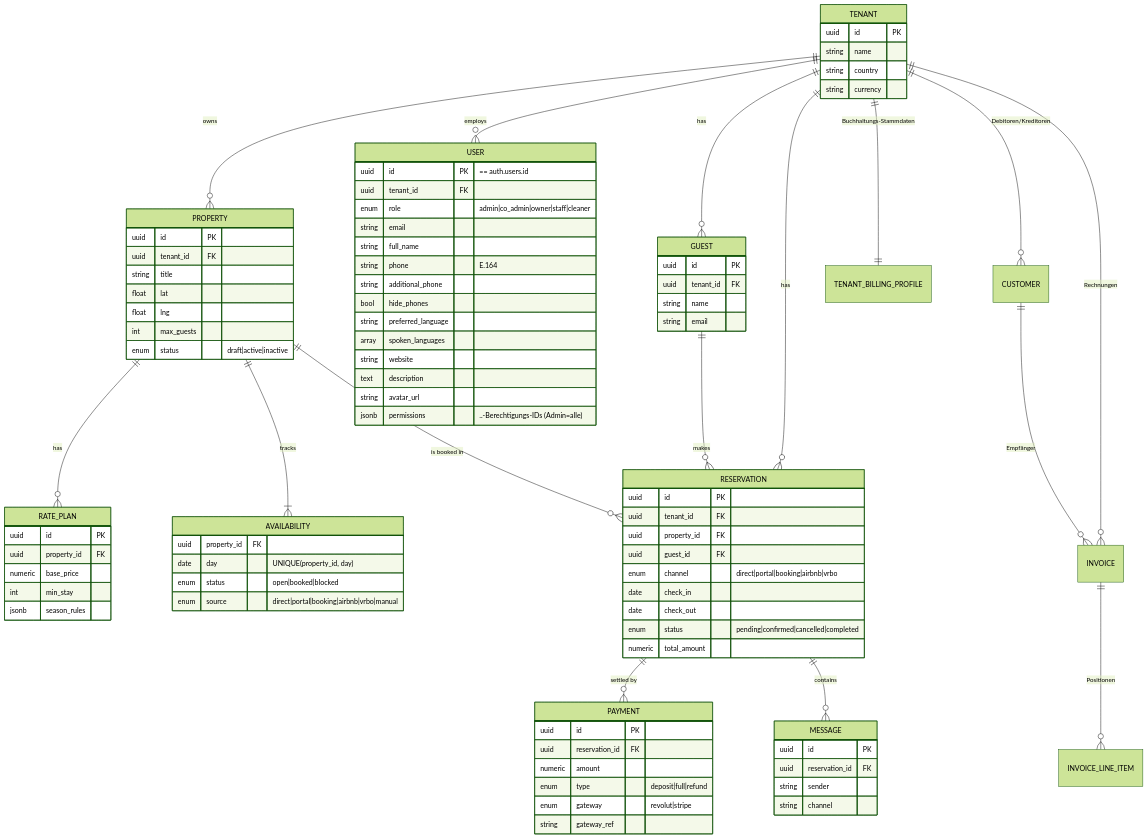
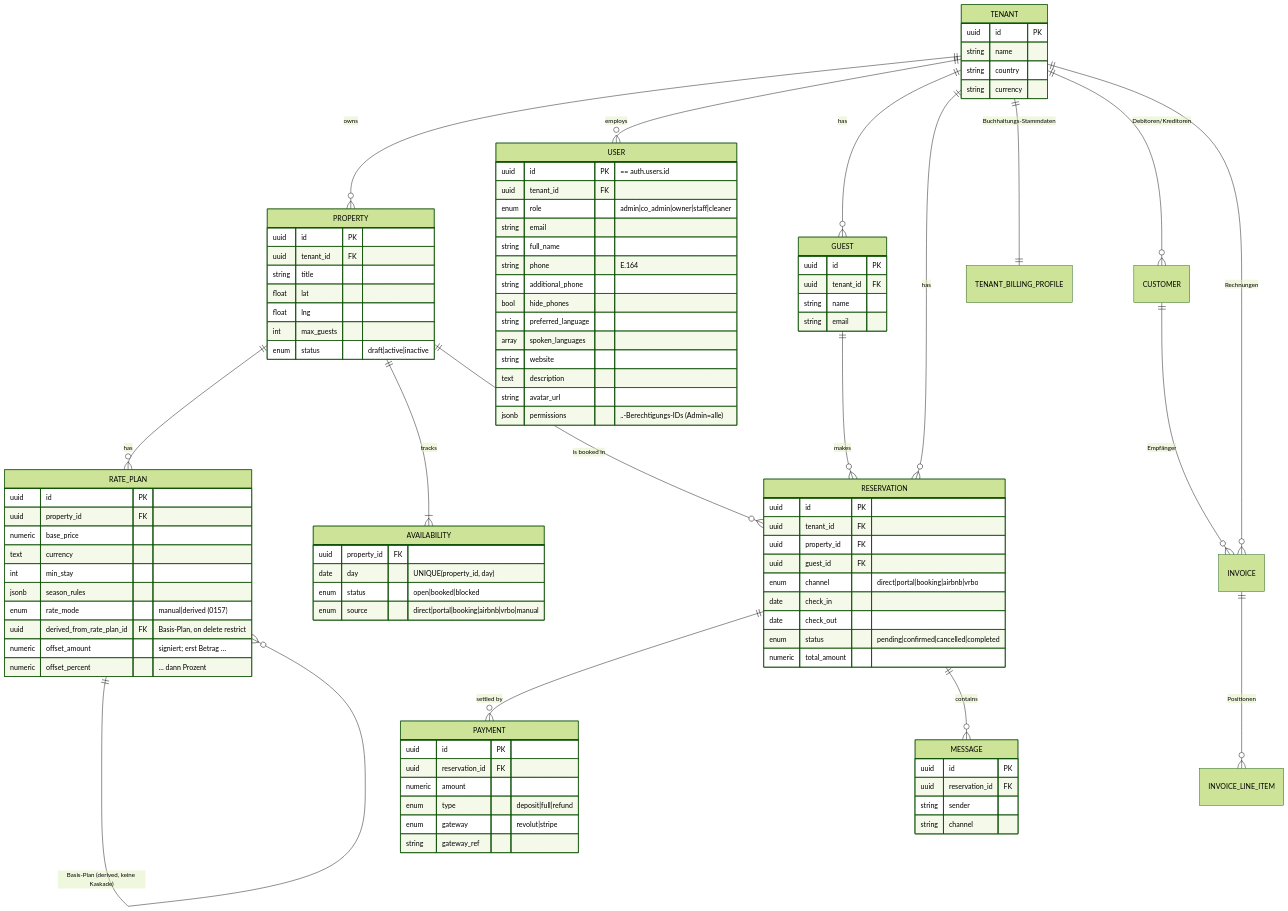
One commit to Andy1234567890-cmyk/NextDays changed the fifth of 17 diagrams in docs/ARCHITECTURE.md. Above: the diagram before and after it, drawn with Mermaid (forest theme). The commit also changed other lines of this file and 33 other files, not shown here.

```diff
--- a/docs/ARCHITECTURE.md
+++ b/docs/ARCHITECTURE.md
@@ -249,6 +249,7 @@
     TENANT ||--o{ GUEST : has
     TENANT ||--o{ RESERVATION : has
     PROPERTY ||--o{ RATE_PLAN : has
+    RATE_PLAN ||--o{ RATE_PLAN : "Basis-Plan (derived, keine Kaskade)"
     PROPERTY ||--|{ AVAILABILITY : tracks
     PROPERTY ||--o{ RESERVATION : "is booked in"
     GUEST ||--o{ RESERVATION : makes
@@ -295,8 +296,13 @@
         uuid id PK
         uuid property_id FK
         numeric base_price
+        text currency
         int min_stay
         jsonb season_rules
+        enum rate_mode "manual|derived (0157)"
+        uuid derived_from_rate_plan_id FK "Basis-Plan, on delete restrict"
+        numeric offset_amount "signiert; erst Betrag …"
+        numeric offset_percent "… dann Prozent"
     }
     AVAILABILITY {
         uuid property_id FK
```
